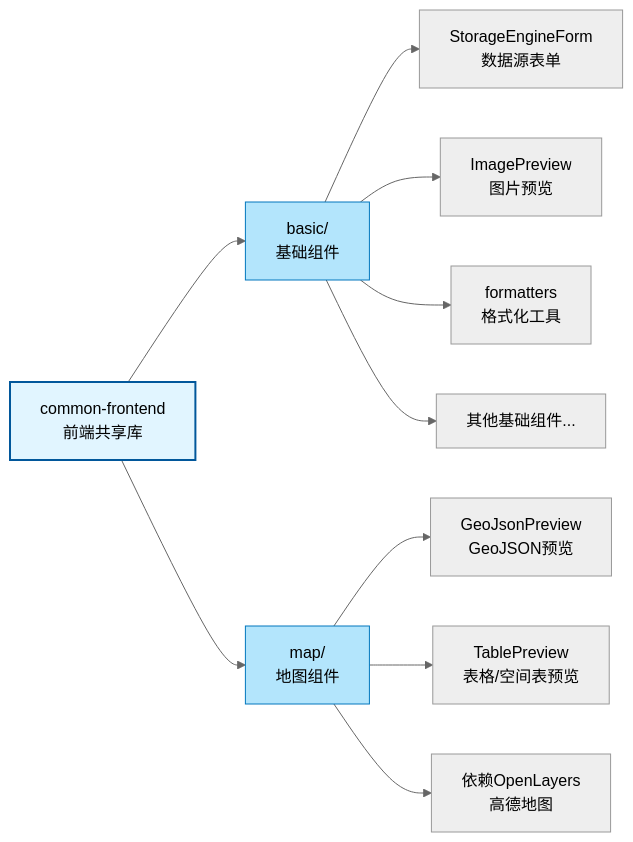
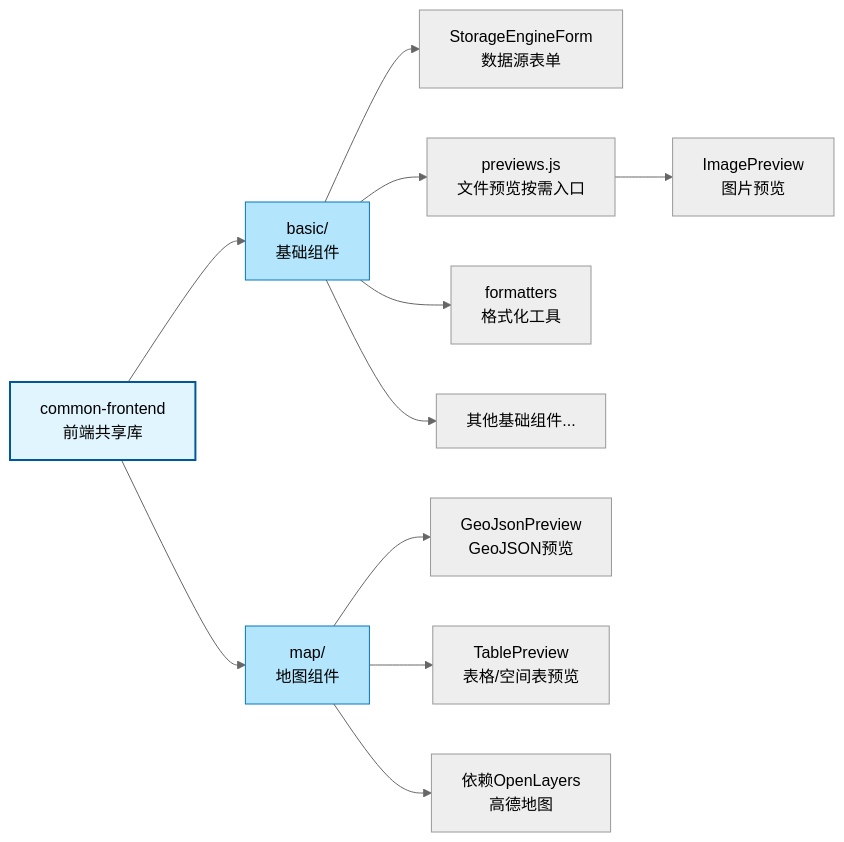
Before and after one commit to pampa0629/addp: the third of 12 diagrams in docs/concepts/addp模块架构图.md, drawn with Mermaid (neutral theme). The commit also changed other lines of this file and 536 other files, not shown here.

````diff
--- a/docs/concepts/addp模块架构图.md
+++ b/docs/concepts/addp模块架构图.md
@@ -229,22 +232,23 @@
 ```mermaid
 graph LR
     CommonFE[common-frontend<br/>前端共享库]
 
     CommonFE --> Basic[basic/<br/>基础组件]
     CommonFE --> Map[map/<br/>地图组件]
 
     Basic --> Storage[StorageEngineForm<br/>数据源表单]
-    Basic --> Image[ImagePreview<br/>图片预览]
+    Basic --> PreviewEntry[previews.js<br/>文件预览按需入口]
+    PreviewEntry --> Image[ImagePreview<br/>图片预览]
     Basic --> Format[formatters<br/>格式化工具]
     Basic --> BasicOther[其他基础组件...]
 
     Map --> GeoJSON[GeoJsonPreview<br/>GeoJSON预览]
     Map --> Table[TablePreview<br/>表格/空间表预览]
     Map --> MapOther[依赖OpenLayers<br/>高德地图]
 
     classDef mainNode fill:#e1f5ff,stroke:#01579b,stroke-width:2px
     classDef subNode fill:#b3e5fc,stroke:#0277bd
 
     class CommonFE mainNode
     class Basic,Map subNode
 ```
````
